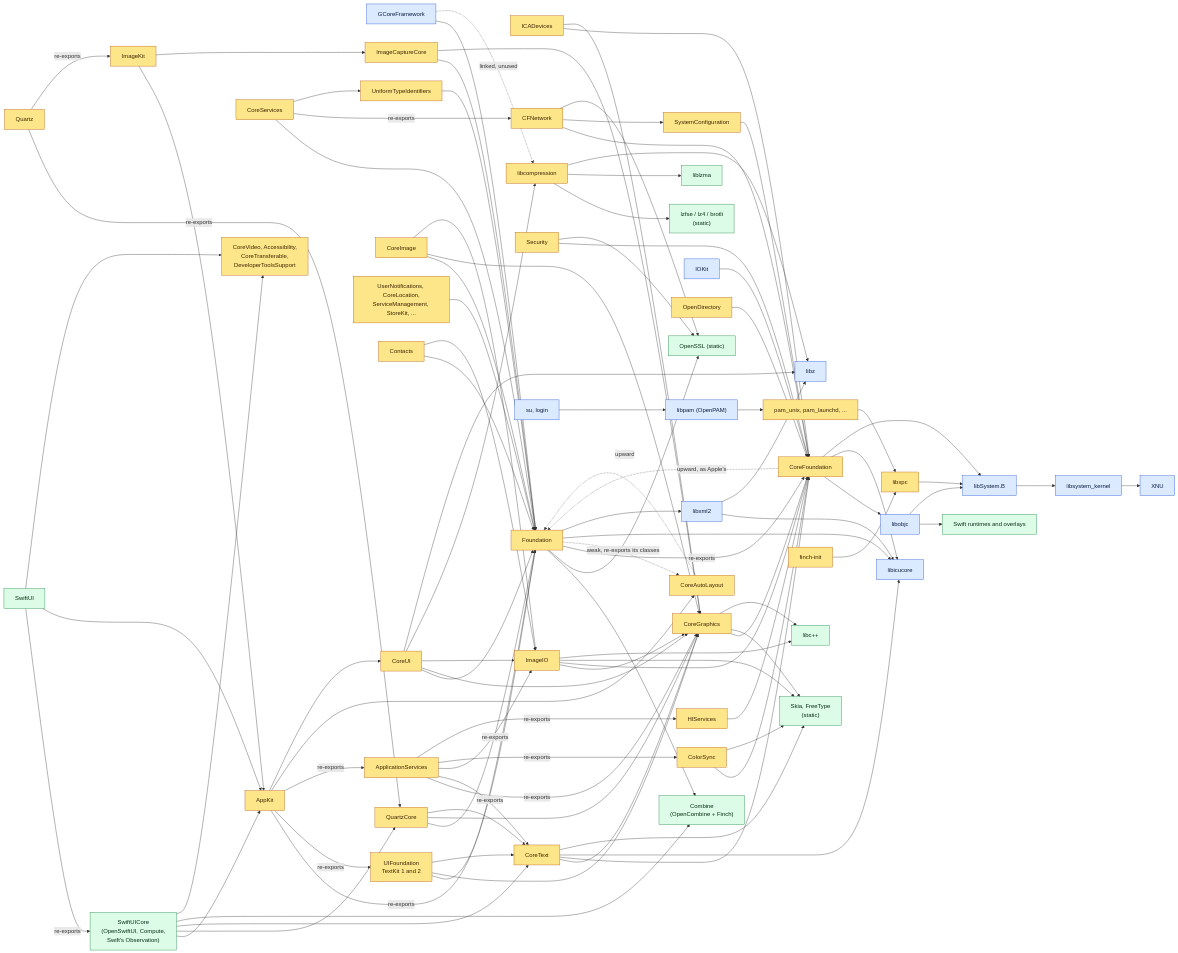
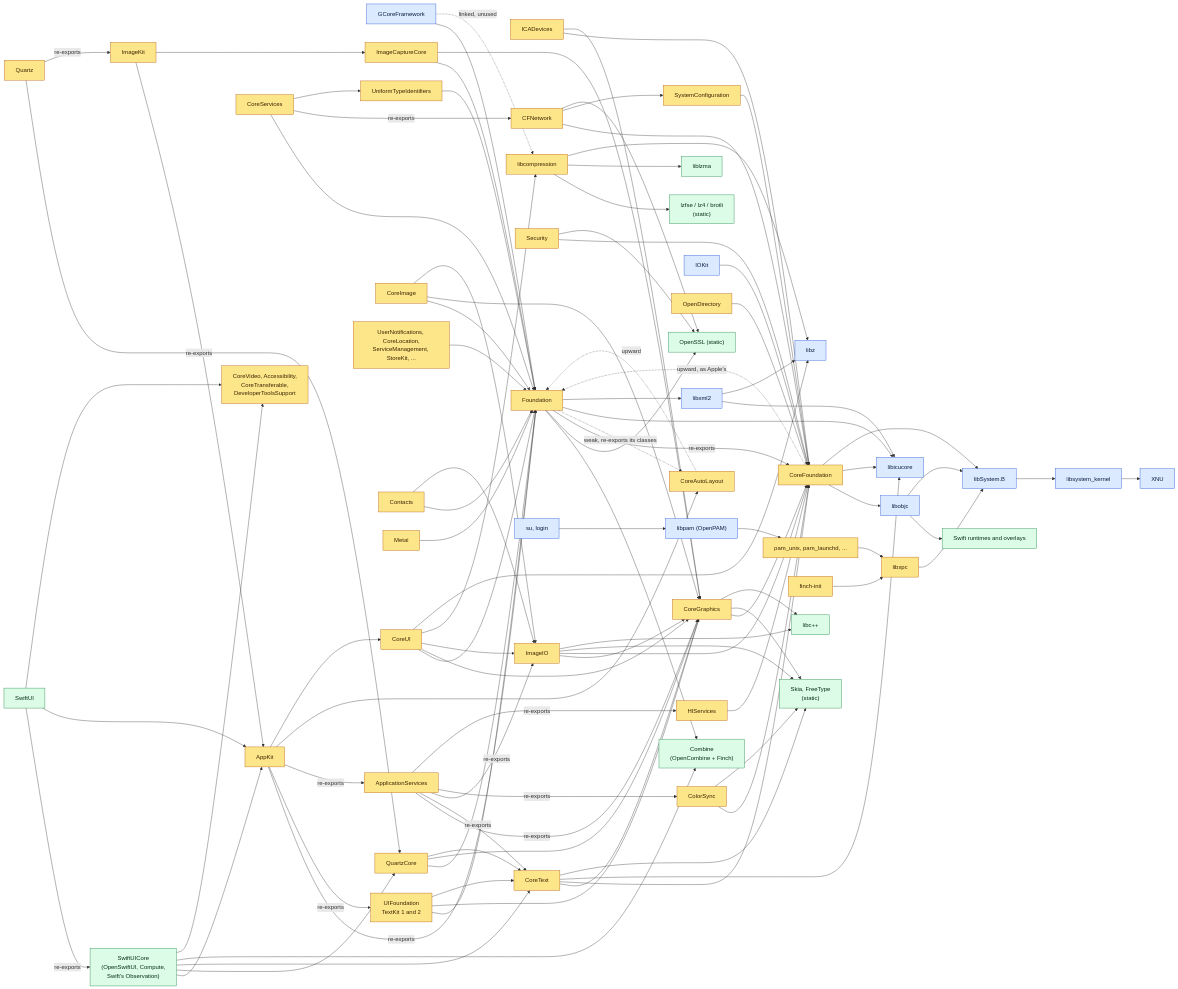
The second of 2 diagrams in docs/STACK.md (XSLabs/finch), drawn with Mermaid before and after one commit. The commit also changed other lines of this file and 20 other files, not shown here.

```diff
--- a/docs/STACK.md
+++ b/docs/STACK.md
@@ -242,6 +242,7 @@
     coreimagefw["CoreImage"]:::finch
     servicesfw["UserNotifications, CoreLocation,<br/>ServiceManagement, StoreKit, ..."]:::finch
     contactsfw["Contacts"]:::finch
+    metalfw["Metal"]:::finch
     colorsync["ColorSync"]:::finch
     hiservices["HIServices"]:::finch
     coreui["CoreUI"]:::finch
@@ -302,6 +303,7 @@
     servicesfw --> ffound
     contactsfw --> ffound
     contactsfw --> imageio
+    metalfw --> ffound
     coreimagefw --> ffound
     coreimagefw --> cgfw
     coreimagefw --> imageio
```
